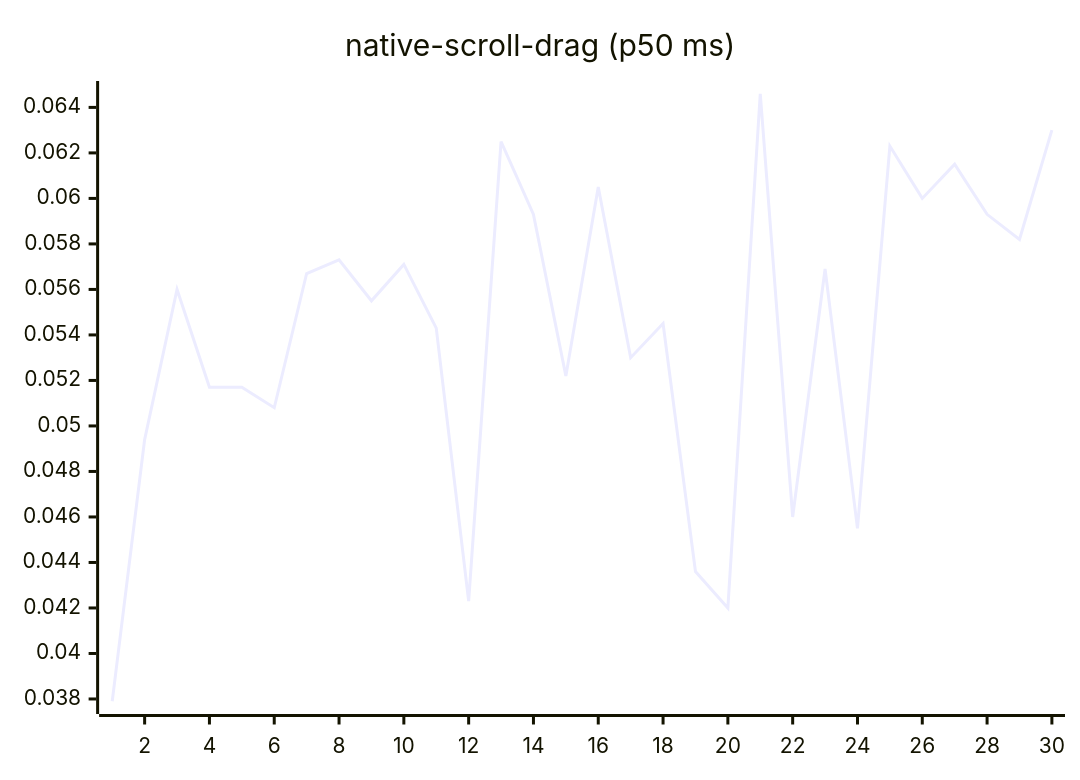
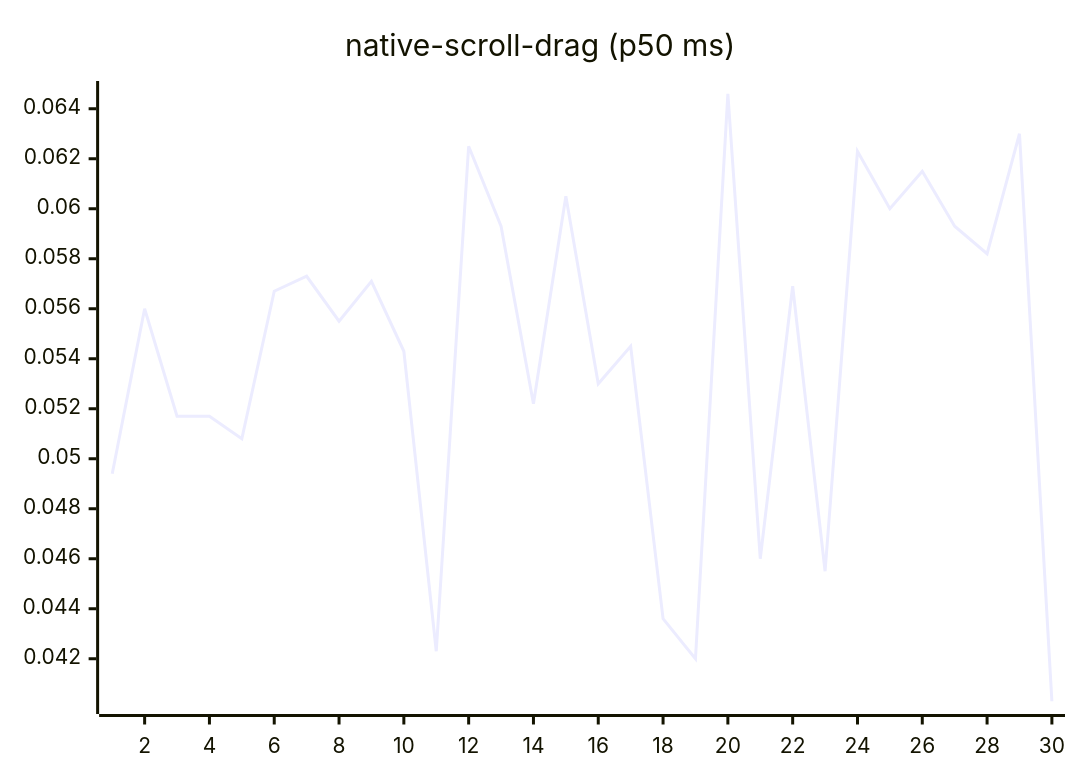
One commit to josha/Facet changed diagram 14 of 27 in README.md. Above: the diagram before and after it, drawn with Mermaid. The commit also changed other lines of this file and 2 other files, not shown here.

````diff
--- a/README.md
+++ b/README.md
@@ -154,6 +154,6 @@
 ```mermaid
 xychart-beta
     title "native-scroll-drag (p50 ms)"
     x-axis 1 --> 30
-    line [0.0379, 0.0494, 0.0560, 0.0517, 0.0517, 0.0508, 0.0567, 0.0573, 0.0555, 0.0571, 0.0543, 0.0423, 0.0625, 0.0593, 0.0522, 0.0605, 0.0530, 0.0545, 0.0436, 0.0420, 0.0646, 0.0460, 0.0569, 0.0455, 0.0623, 0.0600, 0.0615, 0.0593, 0.0582, 0.0630]
+    line [0.0494, 0.0560, 0.0517, 0.0517, 0.0508, 0.0567, 0.0573, 0.0555, 0.0571, 0.0543, 0.0423, 0.0625, 0.0593, 0.0522, 0.0605, 0.0530, 0.0545, 0.0436, 0.0420, 0.0646, 0.0460, 0.0569, 0.0455, 0.0623, 0.0600, 0.0615, 0.0593, 0.0582, 0.0630, 0.0403]
 ```
````
